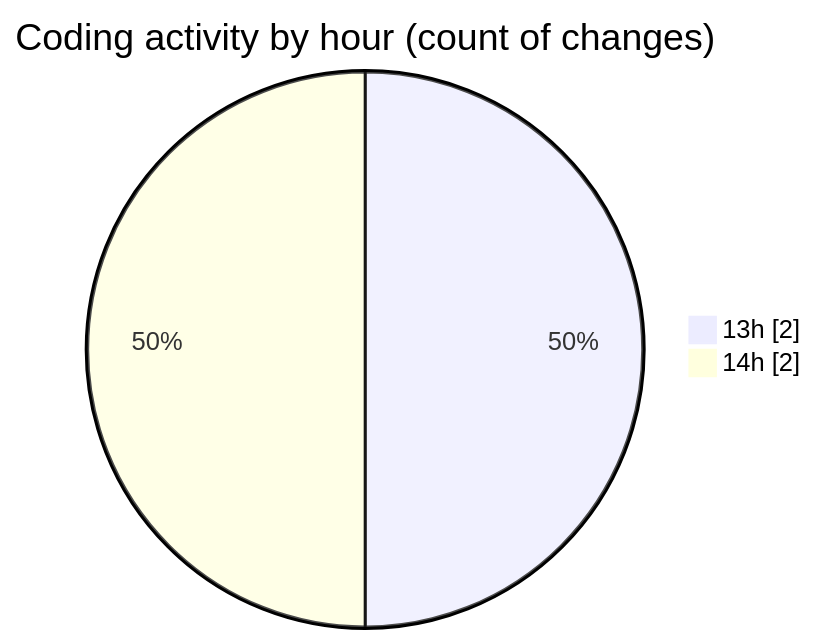
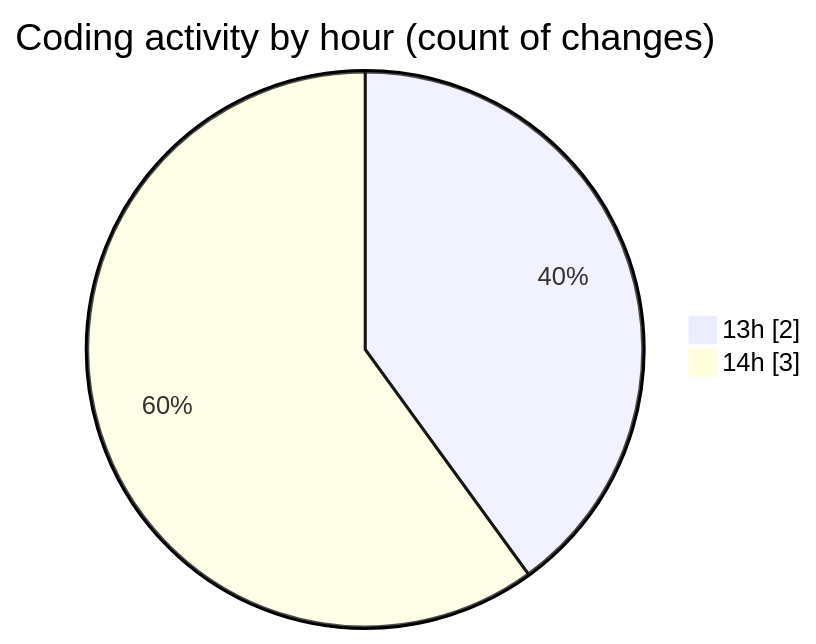
One commit to julien-gomy/code-tracking changed the second of 2 diagrams in 2025-11-14/cdp_aleoudev_fr__workspace_/README.md. Above: the diagram before and after it, drawn with Mermaid. The commit also changed other lines of this file and 1 other file, not shown here.

````diff
--- a/2025-11-14/cdp_aleoudev_fr__workspace_/README.md
+++ b/2025-11-14/cdp_aleoudev_fr__workspace_/README.md
@@ -29,6 +30,6 @@
 ```mermaid
 pie showData
 title Coding activity by hour (count of changes)
 "13h" : 2
-"14h" : 2
+"14h" : 3
 ```
````
